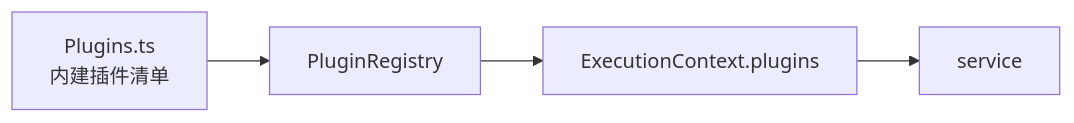
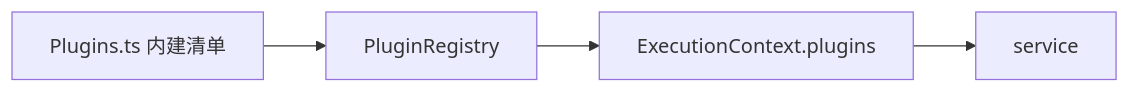
The fourth of 7 diagrams in devdocs/service-and-plugin.md (wangenius/downcity), drawn with Mermaid before and after one commit. The commit also changed other lines of this file and 96 other files, not shown here.

````diff
--- a/devdocs/service-and-plugin.md
+++ b/devdocs/service-and-plugin.md
@@ -226,6 +193,6 @@
 ```mermaid
 flowchart LR
-  LIST["Plugins.ts<br/>内建插件清单"] --> REG["PluginRegistry"]
+  LIST["Plugins.ts 内建清单"] --> REG["PluginRegistry"]
   REG --> PORT["ExecutionContext.plugins"]
   PORT --> SERVICE["service"]
 ```
````
